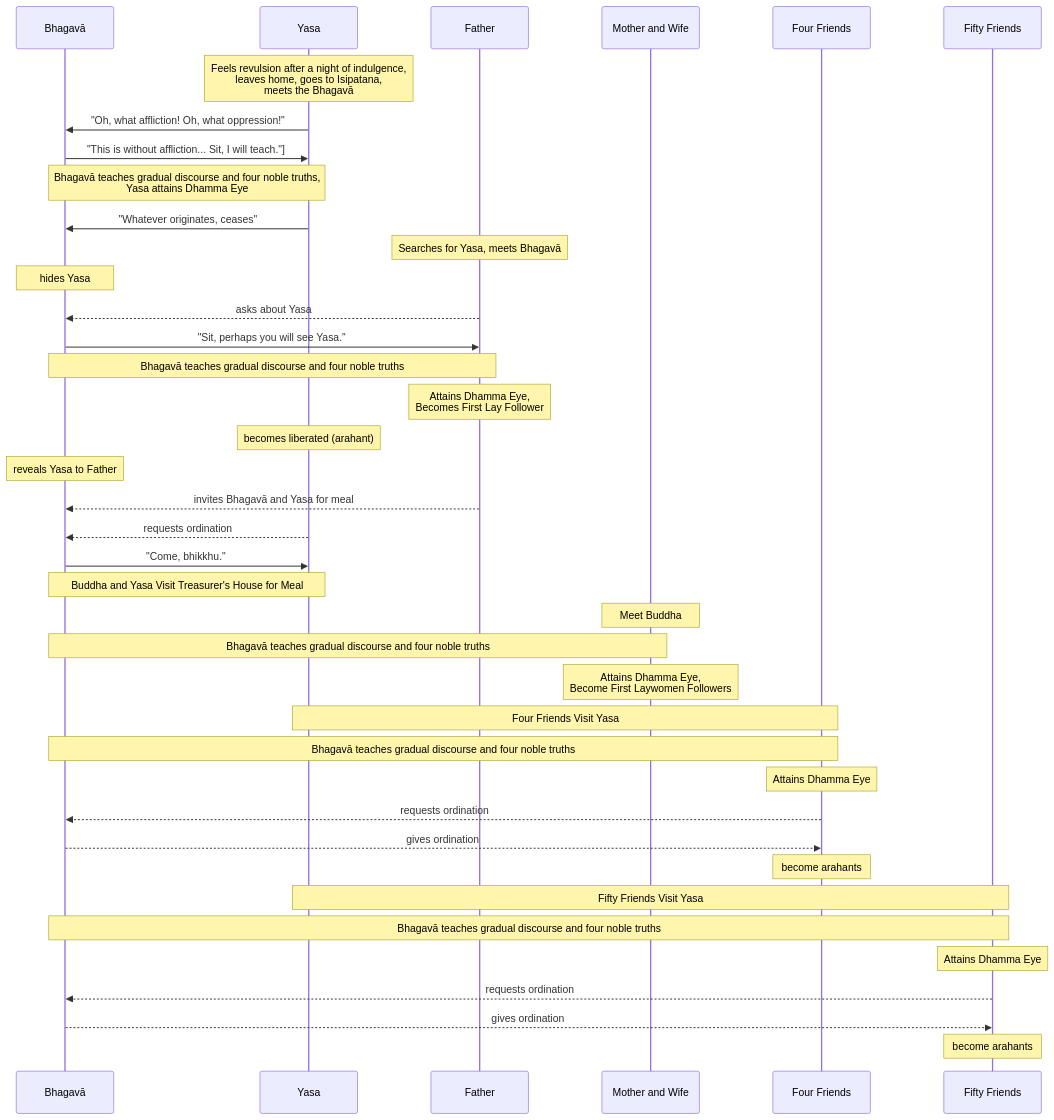
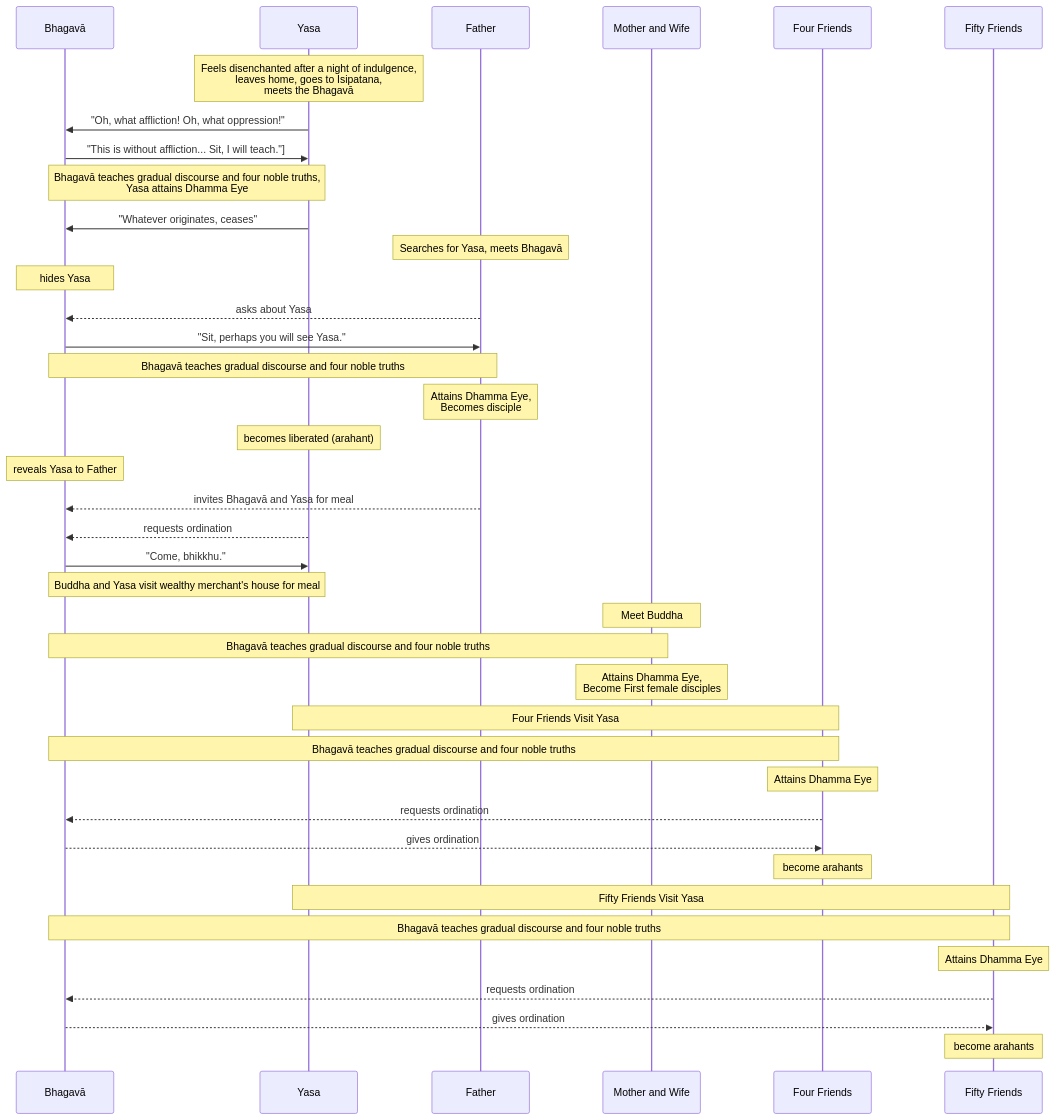
One commit to ChristineTham/tidipa changed the diagram in content/Khandhaka/1.7.md. Above: the diagram before and after it, drawn with Mermaid. The commit also changed other lines of this file and 14 other files, not shown here.

````diff
--- a/content/Khandhaka/1.7.md
+++ b/content/Khandhaka/1.7.md
@@ -103,41 +103,41 @@
 ```mermaid
 sequenceDiagram
 	participant B as Bhagavā
 	participant Y as Yasa
 	participant F as Father
 	participant MW as Mother and Wife
 	participant F4 as Four Friends
 	participant F50 as Fifty Friends
-	note over Y: Feels revulsion after a night of indulgence, <br> leaves home, goes to Isipatana, <br> meets the Bhagavā
+	note over Y: Feels disenchanted after a night of indulgence, <br> leaves home, goes to Isipatana, <br> meets the Bhagavā
 	Y->>B: "Oh, what affliction! Oh, what oppression!"
 	B->>Y: "This is without affliction... Sit, I will teach."];
 	note over B, Y: Bhagavā teaches gradual discourse and four noble truths, <br> Yasa attains Dhamma Eye
 	Y->>B: "Whatever originates, ceases"
 	note over F: Searches for Yasa, meets Bhagavā
 	note over B: hides Yasa
 	F-->>B: asks about Yasa
 	B->>F: "Sit, perhaps you will see Yasa."
 	note over B, F: Bhagavā teaches gradual discourse and four noble truths
-	note over F: Attains Dhamma Eye, <br> Becomes First Lay Follower
+	note over F: Attains Dhamma Eye, <br> Becomes disciple
 	note over Y: becomes liberated (arahant)
 	note over B: reveals Yasa to Father
 	F-->>B: invites Bhagavā and Yasa for meal
 	Y-->>B: requests ordination
 	B->>Y: "Come, bhikkhu."
-	note over Y, B: Buddha and Yasa Visit Treasurer's House for Meal
+	note over Y, B: Buddha and Yasa visit wealthy merchant's house for meal
 	note over MW: Meet Buddha
 	note over B, MW: Bhagavā teaches gradual discourse and four noble truths 
-	note over MW: Attains Dhamma Eye, <br> Become First Laywomen Followers
+	note over MW: Attains Dhamma Eye, <br> Become First female disciples
 	note over Y, F4: Four Friends Visit Yasa
 	note over B, F4: Bhagavā teaches gradual discourse and four noble truths
 	note over F4: Attains Dhamma Eye
 	F4-->>B: requests ordination
 	B-->>F4: gives ordination
 	note over F4: become arahants
 	note over Y, F50: Fifty Friends Visit Yasa
 	note over B, F50: Bhagavā teaches gradual discourse and four noble truths
 	note over F50: Attains Dhamma Eye
 	F50-->>B: requests ordination
 	B-->>F50: gives ordination
 	note over F50: become arahants
 ```
````
